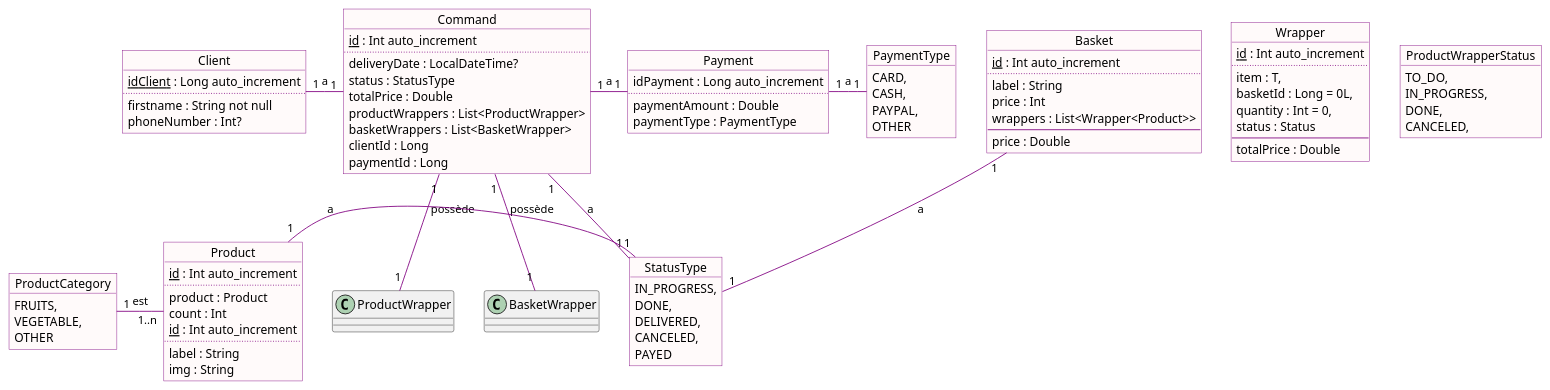
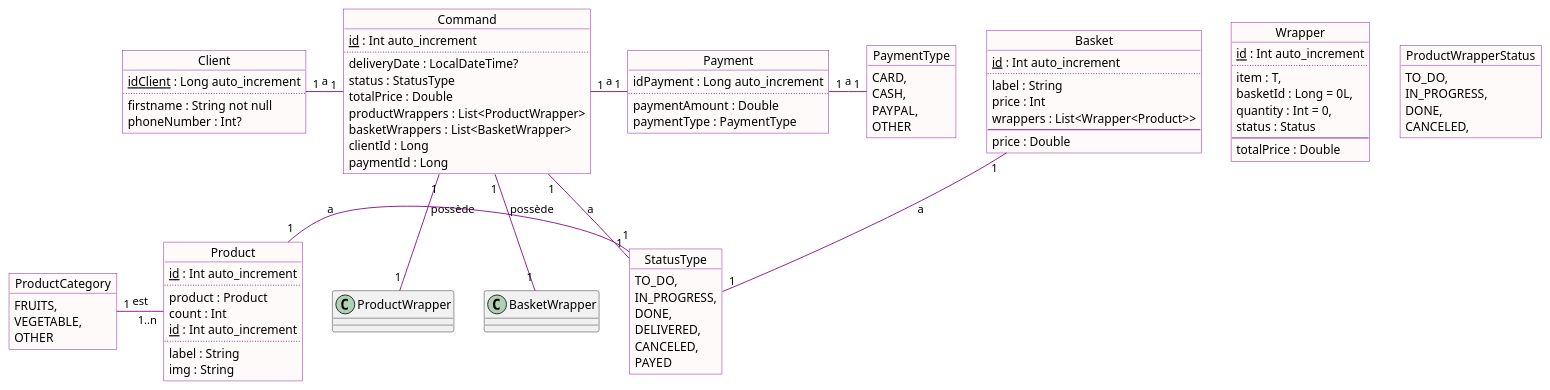
The diagram in documentation/src/main/java/com/jeanloth/project/android/kotlin/documentation/conception.puml (Schtroumphy/FeedMe), drawn with PlantUML before and after one commit. The commit also changed 35 other files, not shown here.

```diff
--- a/documentation/src/main/java/com/jeanloth/project/android/kotlin/documentation/conception.puml
+++ b/documentation/src/main/java/com/jeanloth/project/android/kotlin/documentation/conception.puml
@@ -1,110 +1,111 @@
 @startuml
 
 skinparam object {
     BackgroundColor Snow
     BorderColor Purple
     ArrowColor Purple
 }
 
 object Client{
     <u>idClient</u> : Long auto_increment
     ..
     firstname : String not null
     phoneNumber : Int?
 }
 
 object PaymentType{
     CARD,
     CASH,
     PAYPAL,
     OTHER
 }
 
 object Payment {
     idPayment : Long auto_increment
     ..
     paymentAmount : Double
     paymentType : PaymentType
 }
 
 object Command{
     <u>id</u> : Int auto_increment
     ..
     deliveryDate : LocalDateTime?
     status : StatusType
     totalPrice : Double
     productWrappers : List<ProductWrapper>
     basketWrappers : List<BasketWrapper>
 
     clientId : Long
     paymentId : Long
 }
 
 object Product {
     <u>id</u> : Int auto_increment
     ..
     product : Product
     count : Int
 }
 
 object Basket {
     <u>id</u> : Int auto_increment
     ..
     label : String
     price : Int
     wrappers : List<Wrapper<Product>>
     --
     price : Double
 }
 
 object Wrapper {
     <u>id</u> : Int auto_increment
         ..
     item : T,
     basketId : Long = 0L,
     quantity : Int = 0,
     status : Status
     --
     totalPrice : Double
 }
 
 object ProductWrapperStatus{
     TO_DO,
     IN_PROGRESS,
     DONE,
     CANCELED,
 }
 
 object StatusType{
+    TO_DO,
     IN_PROGRESS,
     DONE,
     DELIVERED,
     CANCELED,
     PAYED
 }
 
 object Product{
     <u>id</u> : Int auto_increment
     ..
     label : String
     img : String
 }
 
 object ProductCategory {
     FRUITS,
     VEGETABLE,
     OTHER
 }
 
 Payment "1" --right-- "1" PaymentType : a
 Command "1" --right-- "1" Payment : a
 Command "1" --left-- "1" Client : a
 Command "1" -down- "1" ProductWrapper : possède
 Command "1" -down- "1" BasketWrapper : possède
 Command "1" -- "1" StatusType : a
 Basket "1" -- "1" StatusType : a
 Product "1" --right-- "1" StatusType : a
 Product "1..n" --left-- "1" ProductCategory : est
 
 
 @enduml
```
